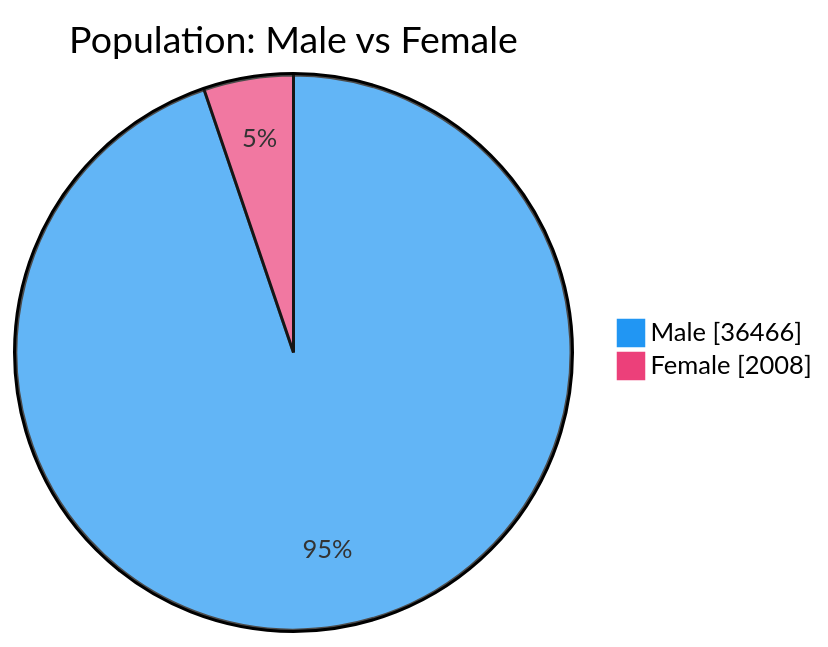
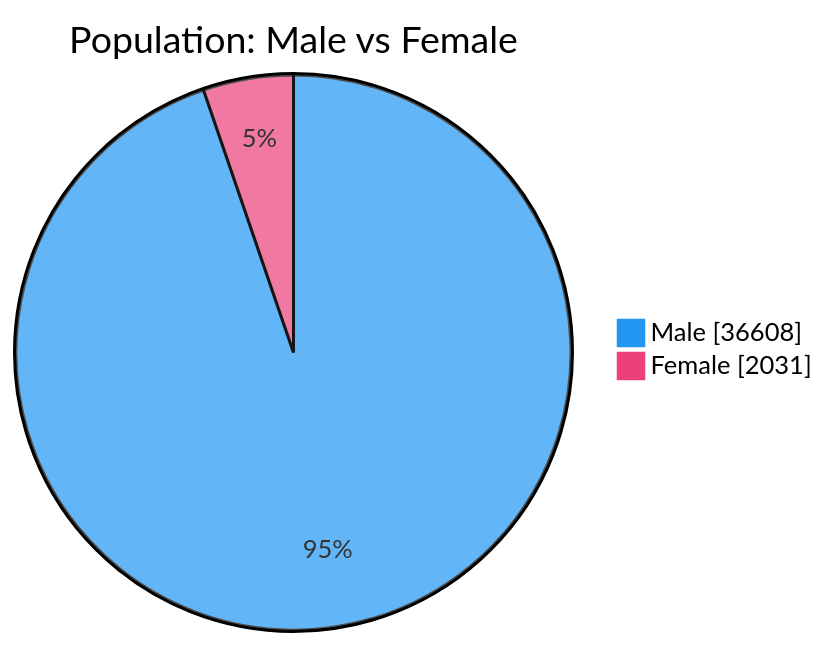
The second of 7 diagrams in README.md (nuuuwan/lk_prisons), drawn with Mermaid before and after one commit. The commit also changed other lines of this file and 1 other file, not shown here.

````diff
--- a/README.md
+++ b/README.md
@@ -54,6 +54,6 @@
 ```mermaid
 %%{init: {'themeVariables': {'pie1': '#2196F3', 'pie2': '#EC407A'}}}%%
 pie showData title Population: Male vs Female
-    "Male" : 36466
-    "Female" : 2008
+    "Male" : 36608
+    "Female" : 2031
 ```
````
